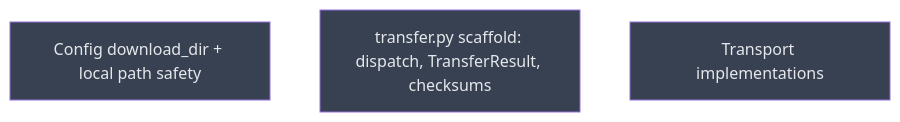
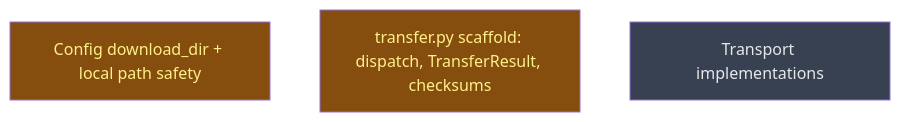
The diagram in __roadmap__/fs-download-rework/README.md (RIKEN-RCCS/Rikyu-Agent), drawn with Mermaid before and after one commit. The commit also changed other lines of this file, not shown here.

Commit message:
docs(roadmap): fix campaign README BNF (single-line Goal); mark foundation leaves in progress

````diff
--- a/__roadmap__/fs-download-rework/README.md
+++ b/__roadmap__/fs-download-rework/README.md
@@ -27,11 +26,11 @@
 ```mermaid
 graph TD
-    config_and_paths[Config download_dir + local path safety]:::planned
-    transfer_scaffold[transfer.py scaffold: dispatch, TransferResult, checksums]:::planned
+    config_and_paths[Config download_dir + local path safety]:::inprogress
+    transfer_scaffold[transfer.py scaffold: dispatch, TransferResult, checksums]:::inprogress
     transports[Transport implementations]:::planned
     classDef done       fill:#166534,color:#bbf7d0
     classDef inprogress fill:#854d0e,color:#fef08a
     classDef planned    fill:#374151,color:#e5e7eb
     classDef amendment  fill:#1e3a5f,color:#bfdbfe
     classDef blocked    fill:#7f1d1d,color:#fecaca
 ```
````
